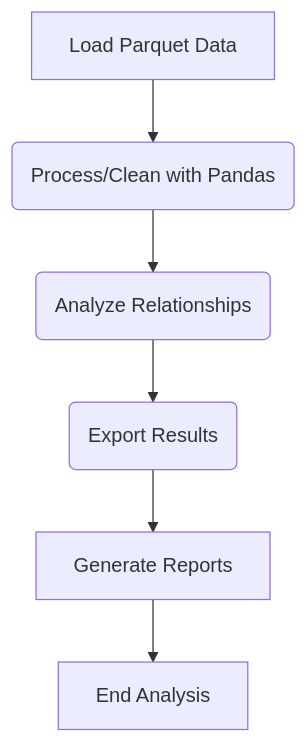
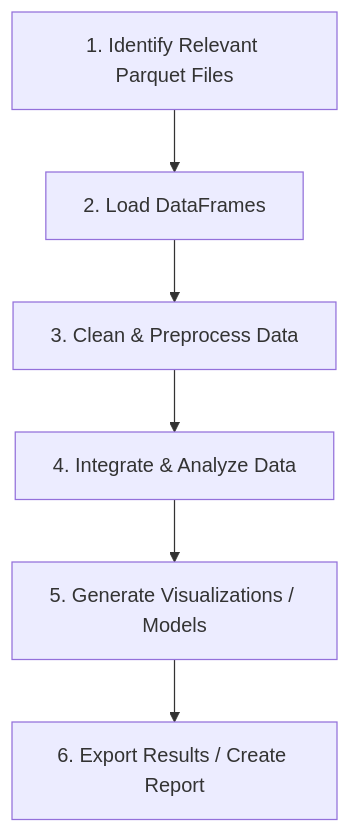
One commit to Ollama-Agent-Roll-Cage/oarc-crawlers changed the fourth of 5 diagrams in docs/Specification.md. Above: the diagram before and after it, drawn with Mermaid. The commit also changed other lines of this file and 9 other files, not shown here.

````diff
--- a/docs/Specification.md
+++ b/docs/Specification.md
@@ -209,8 +192,8 @@
 ```mermaid
 graph TD
-    A[Load Parquet Data] --> B(Process/Clean with Pandas);
-    B --> C(Analyze Relationships);
-    C --> D(Export Results);
-    D --> E[Generate Reports];
-    E --> F[End Analysis];
+    A[1. Identify Relevant Parquet Files] --> B[2. Load DataFrames]
+    B --> C[3. Clean & Preprocess Data]
+    C --> D[4. Integrate & Analyze Data]
+    D --> E[5. Generate Visualizations / Models]
+    E --> F[6. Export Results / Create Report]
 ```
````
